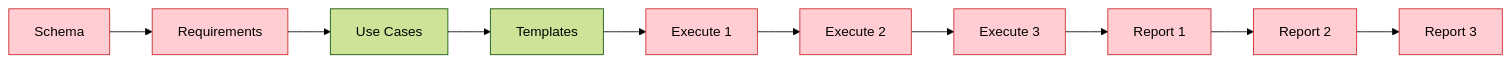
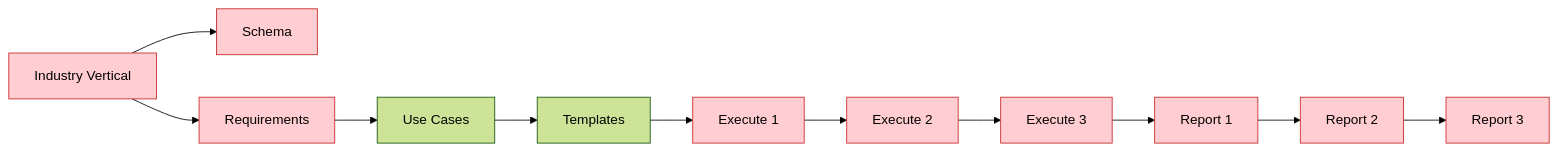
Before and after one commit to ArthurKeen/graph-analytics-ai-platform: the second of 3 diagrams in docs/PARALLEL_EXECUTION_GUIDE.md, drawn with Mermaid (forest theme). The commit also changed other lines of this file and 4 other files, not shown here.

First line of the commit message:
docs: update agentic workflow diagrams for vertical automation and catalog

````diff
--- a/docs/PARALLEL_EXECUTION_GUIDE.md
+++ b/docs/PARALLEL_EXECUTION_GUIDE.md
@@ -141,21 +153,23 @@
 ```mermaid
 graph LR
- A[Schema] --> B[Requirements]
+ V[Industry Vertical] --> A[Schema]
+ V --> B[Requirements]
  B --> C[Use Cases]
  C --> D[Templates]
  D --> E[Execute 1]
  E --> F[Execute 2]
  F --> G[Execute 3]
  G --> H[Report 1]
  H --> I[Report 2]
  I --> J[Report 3]
  
+ style V fill:#ffcdd2,stroke:#c62828
  style A fill:#ffcdd2,stroke:#c62828
  style B fill:#ffcdd2,stroke:#c62828
  style E fill:#ffcdd2,stroke:#c62828
  style F fill:#ffcdd2,stroke:#c62828
  style G fill:#ffcdd2,stroke:#c62828
  style H fill:#ffcdd2,stroke:#c62828
  style I fill:#ffcdd2,stroke:#c62828
  style J fill:#ffcdd2,stroke:#c62828
 ```
````
